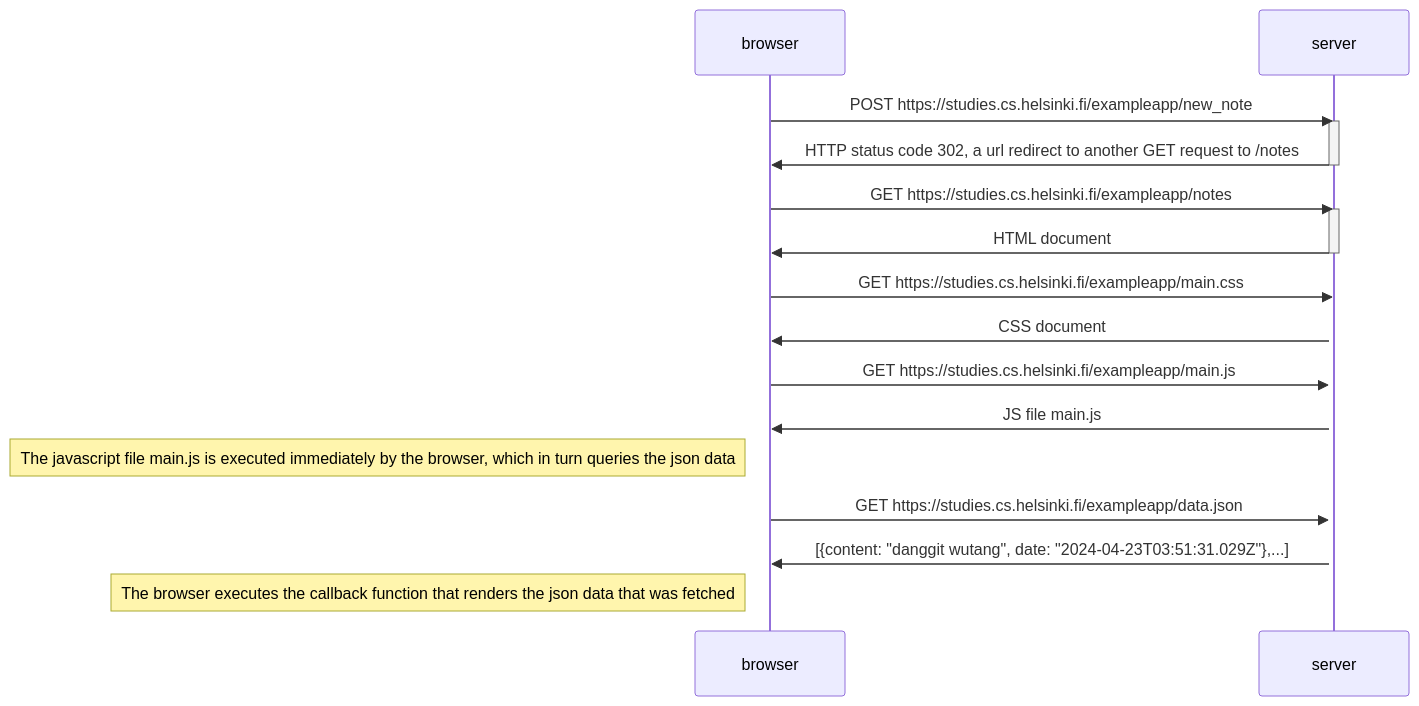
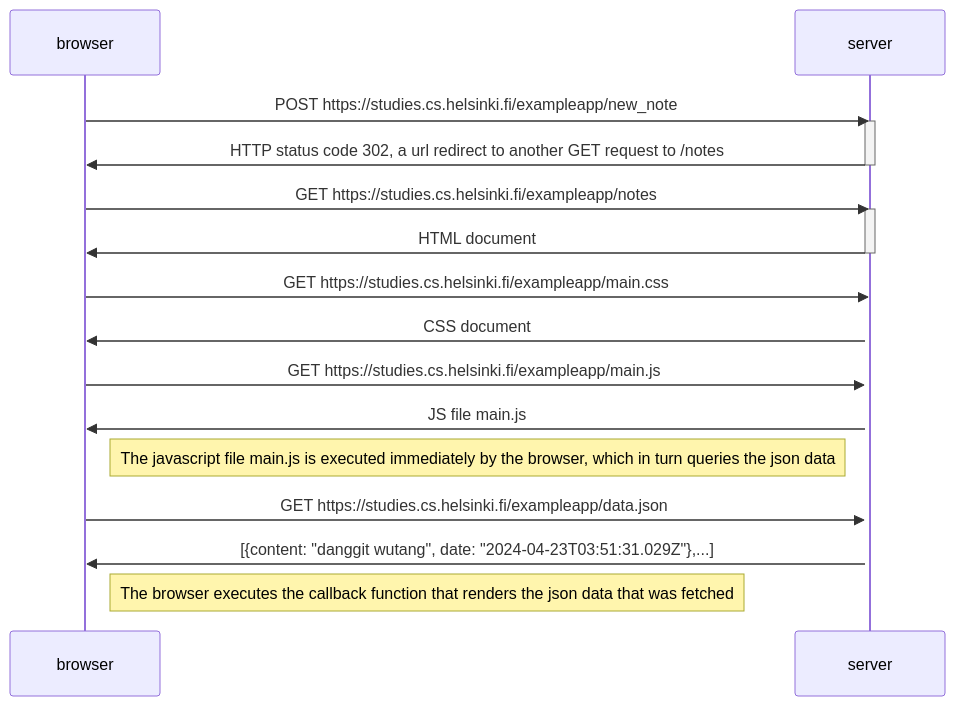
One commit to syntat/fullstackopen changed the diagram in part0/4_new_note_diagram.md. Above: the diagram before and after it, drawn with Mermaid.

Commit message:
changed the position of the comments

````diff
--- a/part0/4_new_note_diagram.md
+++ b/part0/4_new_note_diagram.md
@@ -1,27 +1,27 @@
 ```mermaid
 	sequenceDiagram
 		participant browser
 		participant server
 		browser->>server: POST https://studies.cs.helsinki.fi/exampleapp/new_note
 		activate server 
 		server->>browser: HTTP status code 302, a url redirect to another GET request to /notes
 		deactivate server 
 		browser->>server: GET https://studies.cs.helsinki.fi/exampleapp/notes
 		activate server 
 		server->>browser: HTML document
 		deactivate server 
 		browser->>server: GET https://studies.cs.helsinki.fi/exampleapp/main.css
 		activate server
 		server->>browser: CSS document
 		browser->>server: GET https://studies.cs.helsinki.fi/exampleapp/main.js
 		activate server
 		server->>browser: JS file main.js
 
-		Note left of browser: The javascript file main.js is executed immediately by the browser, which in turn queries the json data
+		Note right of browser: The javascript file main.js is executed immediately by the browser, which in turn queries the json data
 
 		browser->>server: GET https://studies.cs.helsinki.fi/exampleapp/data.json
 		activate server
 		server->>browser: [{content: "danggit wutang", date: "2024-04-23T03:51:31.029Z"},...]
 
-		Note left of browser: The browser executes the callback function that renders the json data that was fetched
+		Note right of browser: The browser executes the callback function that renders the json data that was fetched
 ```	
````
